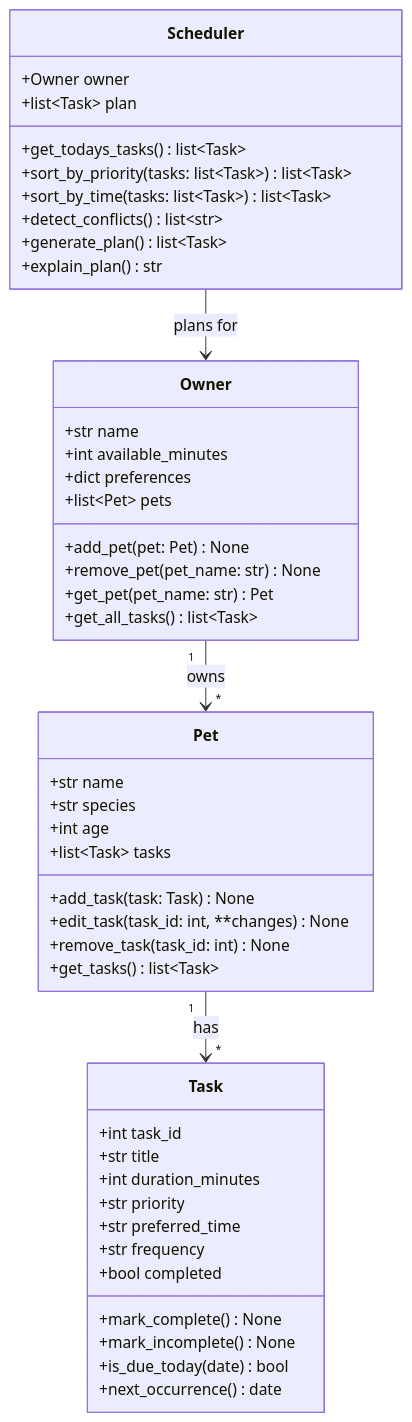
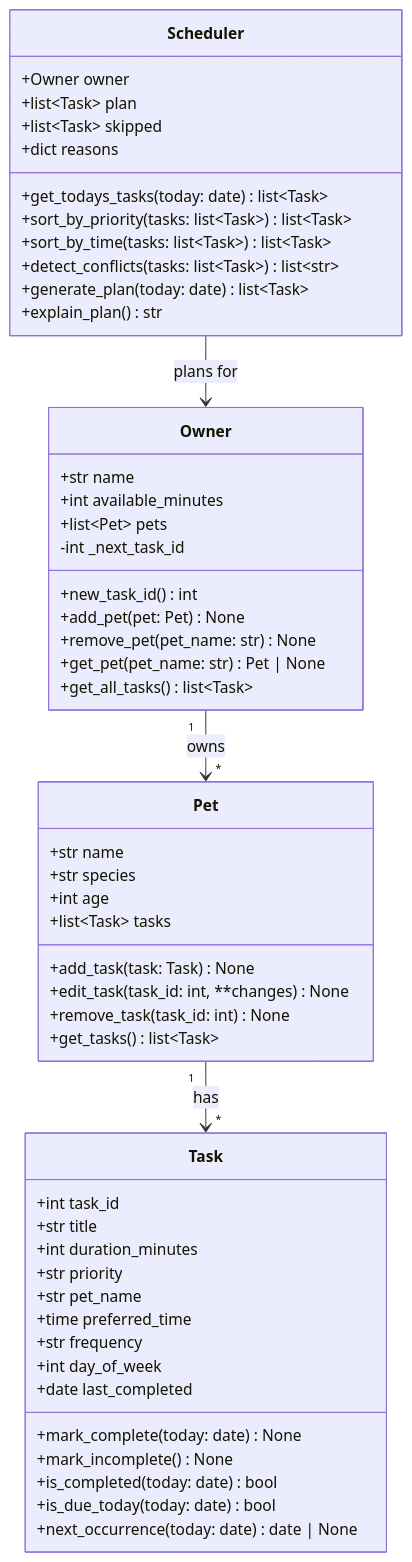
Before and after one commit to alanre26/ai110-module2show-pawpal-starter: the diagram in diagrams/uml.mmd, drawn with Mermaid. The commit also changed 3 other files, not shown here.

Commit message:
updated pawpal_system.py and uml.mmd file to show the update design influenced by AI. Filled out reflection.md design changes

```diff
--- a/diagrams/uml.mmd
+++ b/diagrams/uml.mmd
@@ -1,53 +1,59 @@
 classDiagram
     %% Keep this file updated so it matches your final implementation.
 
     class Owner {
         +str name
         +int available_minutes
-        +dict preferences
         +list~Pet~ pets
+        -int _next_task_id
+        +new_task_id() int
         +add_pet(pet: Pet) None
         +remove_pet(pet_name: str) None
-        +get_pet(pet_name: str) Pet
+        +get_pet(pet_name: str) Pet | None
         +get_all_tasks() list~Task~
     }
 
     class Pet {
         +str name
         +str species
         +int age
         +list~Task~ tasks
         +add_task(task: Task) None
         +edit_task(task_id: int, **changes) None
         +remove_task(task_id: int) None
         +get_tasks() list~Task~
     }
 
     class Task {
         +int task_id
         +str title
         +int duration_minutes
         +str priority
-        +str preferred_time
+        +str pet_name
+        +time preferred_time
         +str frequency
-        +bool completed
-        +mark_complete() None
+        +int day_of_week
+        +date last_completed
+        +mark_complete(today: date) None
         +mark_incomplete() None
-        +is_due_today(date) bool
-        +next_occurrence() date
+        +is_completed(today: date) bool
+        +is_due_today(today: date) bool
+        +next_occurrence(today: date) date | None
     }
 
     class Scheduler {
         +Owner owner
         +list~Task~ plan
-        +get_todays_tasks() list~Task~
+        +list~Task~ skipped
+        +dict reasons
+        +get_todays_tasks(today: date) list~Task~
         +sort_by_priority(tasks: list~Task~) list~Task~
         +sort_by_time(tasks: list~Task~) list~Task~
-        +detect_conflicts() list~str~
-        +generate_plan() list~Task~
+        +detect_conflicts(tasks: list~Task~) list~str~
+        +generate_plan(today: date) list~Task~
         +explain_plan() str
     }
 
     Owner "1" --> "*" Pet : owns
     Pet "1" --> "*" Task : has
     Scheduler --> Owner : plans for
```
